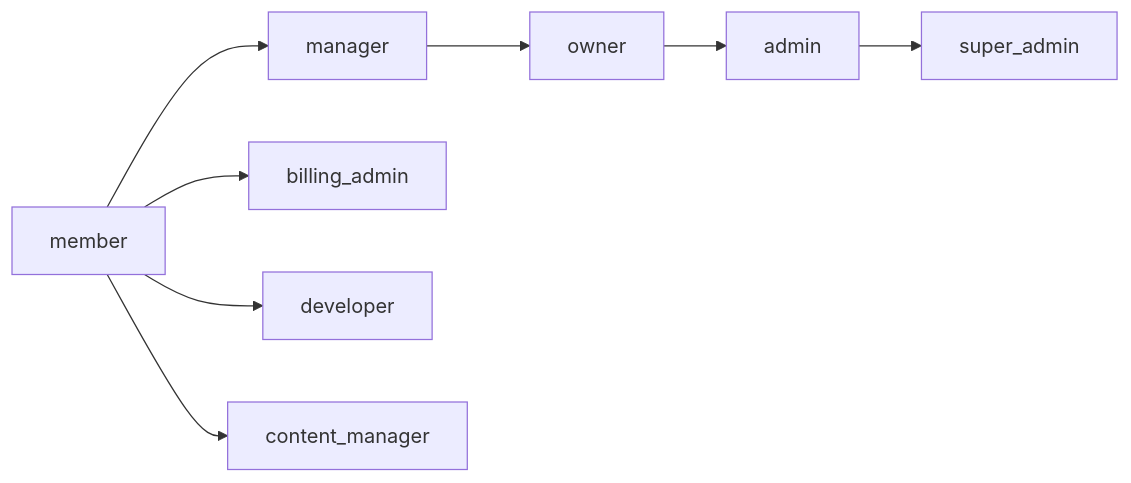
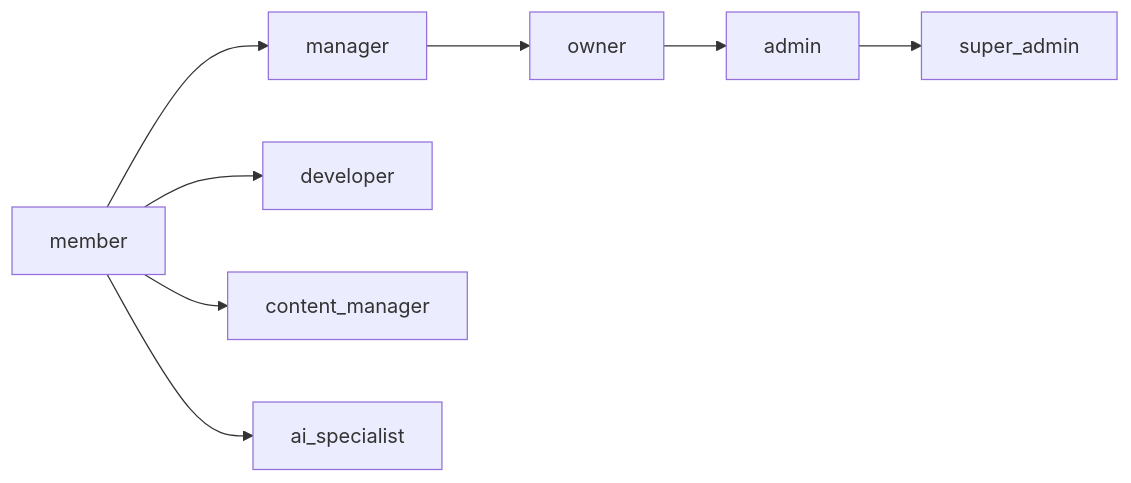
One commit to nodealchemy/powernode-platform changed the second of 2 diagrams in docs/concepts/permissions.md. Above: the diagram before and after it, drawn with Mermaid. The commit also changed other lines of this file, not shown here.

````diff
--- a/docs/concepts/permissions.md
+++ b/docs/concepts/permissions.md
@@ -354,17 +390,17 @@
 ```mermaid
 flowchart LR
     Member[member]
     Manager[manager]
     Owner[owner]
     Admin[admin]
     SuperAdmin[super_admin]
 
     Member --> Manager
     Manager --> Owner
     Owner --> Admin
     Admin --> SuperAdmin
 
-    Member --> BillingAdmin[billing_admin]
     Member --> Developer[developer]
     Member --> ContentManager[content_manager]
+    Member --> AiSpecialist[ai_specialist]
 ```
````
